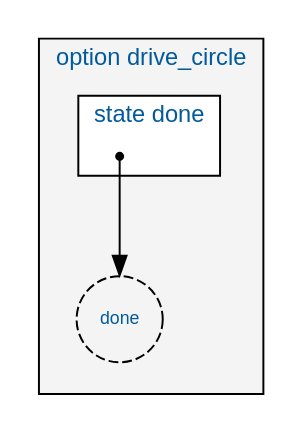
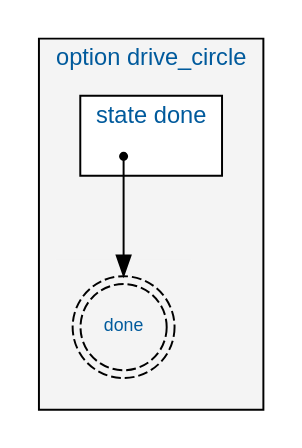
One commit to mrtndwrd/crax changed the diagram in JavaXabslImplementation/xabslTeamExperimental/xabsl-doc/svg/option_drive_circle_state_done.dot. Above: the diagram before and after it, drawn with Graphviz. The commit also changed 25 other files, not shown here.

Commit message:
perfectionized drive_circle option

```diff
--- a/JavaXabslImplementation/xabslTeamExperimental/xabsl-doc/svg/option_drive_circle_state_done.dot
+++ b/JavaXabslImplementation/xabslTeamExperimental/xabsl-doc/svg/option_drive_circle_state_done.dot
@@ -1,1 +1,1 @@
-digraph g {compound="true";bgcolor="";fontcolor="";fontname="";fontsize="";label="";margin="";nodesep="";rankdir="";ranksep="0.4";ratio="";size="";subgraph cluster_option{bgcolor="";color="";fillcolor="#F4F4F4";fontcolor="#005A9C";fontname="Arial";fontsize="12";label="option drive_circle";labeljust="";labelloc="";style="filled";subgraph cluster_states{bgcolor="";color="#F4F4F4";fillcolor="#F4F4F4";fontcolor="";fontname="";fontsize="";label="";labeljust="";labelloc="";style="filled";node[label="done", color="",fillcolor="#FFFFFF",fixedsize="",fontcolor="#005A9C",fontname="Arial",fontsize="9",height="",shape="circle",style="dashed",URL="",width="",] {state_done};}subgraph cluster_decision_tree{bgcolor="";color="";fillcolor="#FFFFFF";fontcolor="#005A9C";fontname="Arial";fontsize="12";label="state done";labeljust="";labelloc="";style="filled";node[label="start", color="",fillcolor="",fixedsize="",fontcolor="",fontname="",fontsize="",height="",shape="point",style="",URL="",width="",] {start};edge[arrowhead="",arrowsize="",arrowtail="",constraint="",color="",decorate="",dir="",fontcolor="",fontname="",fontsize="9",headlabel="",headport="",label="",labeldistance="",labelfloat="",labelfontcolor="",labelfontname="",labelfontsize="",minlen="2",samehead="",sametail="",style="solid",taillabel="",tailport="",URL="",lhead="",ltail=""] start -> state_done;}}}
+digraph g {compound="true";bgcolor="";fontcolor="";fontname="";fontsize="";label="";margin="";nodesep="";rankdir="";ranksep="0.4";ratio="";size="";subgraph cluster_option{bgcolor="";color="";fillcolor="#F4F4F4";fontcolor="#005A9C";fontname="Arial";fontsize="12";label="option drive_circle";labeljust="";labelloc="";style="filled";subgraph cluster_states{bgcolor="";color="#F4F4F4";fillcolor="#F4F4F4";fontcolor="";fontname="";fontsize="";label="";labeljust="";labelloc="";style="filled";node[label="done", color="",fillcolor="#FFFFFF",fixedsize="",fontcolor="#005A9C",fontname="Arial",fontsize="9",height="",shape="doublecircle",style="dashed",URL="",width="",] {state_done};}subgraph cluster_decision_tree{bgcolor="";color="";fillcolor="#FFFFFF";fontcolor="#005A9C";fontname="Arial";fontsize="12";label="state done";labeljust="";labelloc="";style="filled";node[label="start", color="",fillcolor="",fixedsize="",fontcolor="",fontname="",fontsize="",height="",shape="point",style="",URL="",width="",] {start};edge[arrowhead="",arrowsize="",arrowtail="",constraint="",color="",decorate="",dir="",fontcolor="",fontname="",fontsize="9",headlabel="",headport="",label="",labeldistance="",labelfloat="",labelfontcolor="",labelfontname="",labelfontsize="",minlen="2",samehead="",sametail="",style="solid",taillabel="",tailport="",URL="",lhead="",ltail=""] start -> state_done;}}}
```
